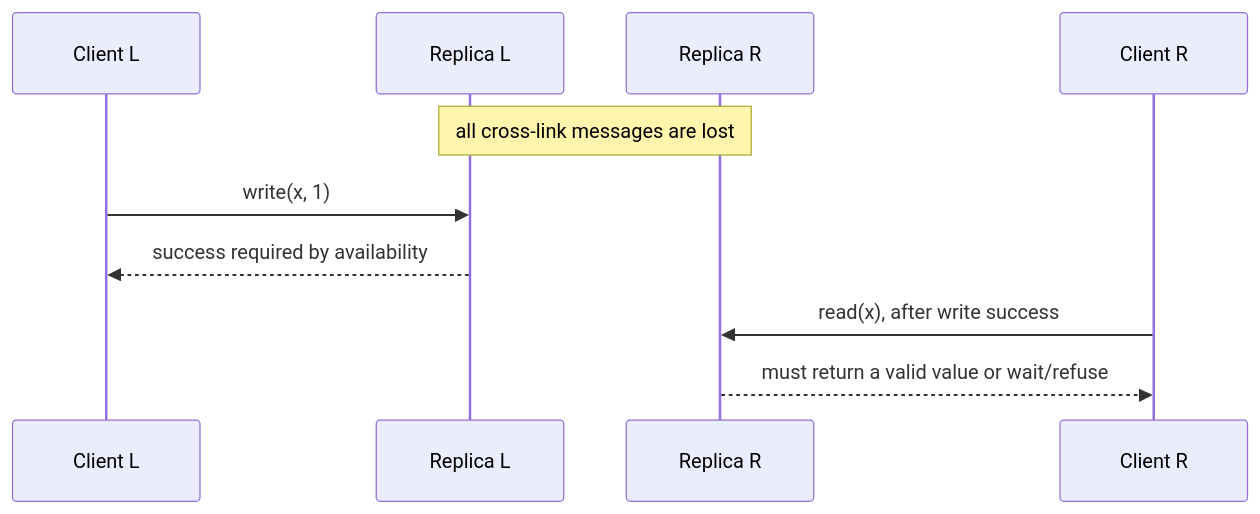
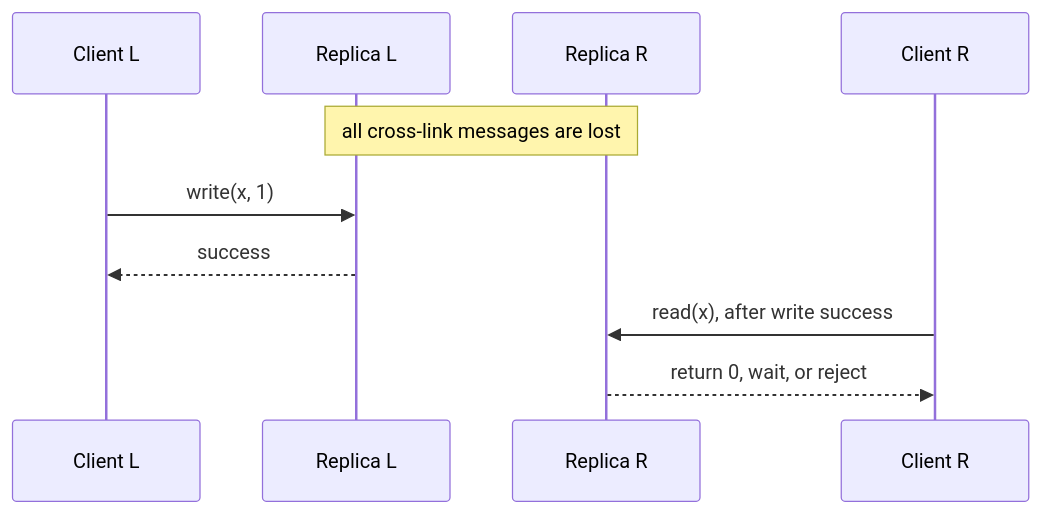
Before and after one commit to babushkai/system-design-patterns: the diagram in 01-foundations/03-cap-theorem.md, drawn with Mermaid. The commit also changed other lines of this file, not shown here.

````diff
--- a/01-foundations/03-cap-theorem.md
+++ b/01-foundations/03-cap-theorem.md
@@ -33,12 +27,12 @@
 ```mermaid
 sequenceDiagram
     participant CL as Client L
     participant L as Replica L
     participant R as Replica R
     participant CR as Client R
     Note over L,R: all cross-link messages are lost
     CL->>L: write(x, 1)
-    L-->>CL: success required by availability
+    L-->>CL: success
     CR->>R: read(x), after write success
-    R-->>CR: must return a valid value or wait/refuse
+    R-->>CR: return 0, wait, or reject
 ```
````
